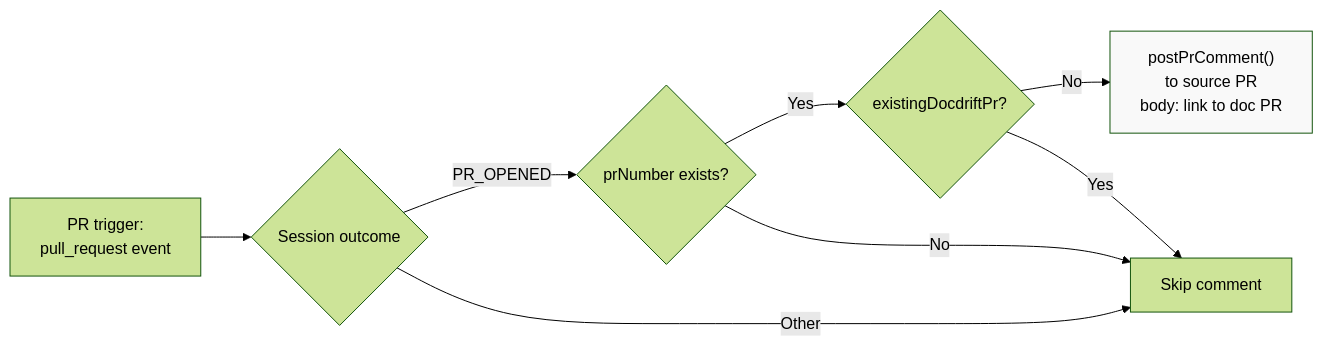
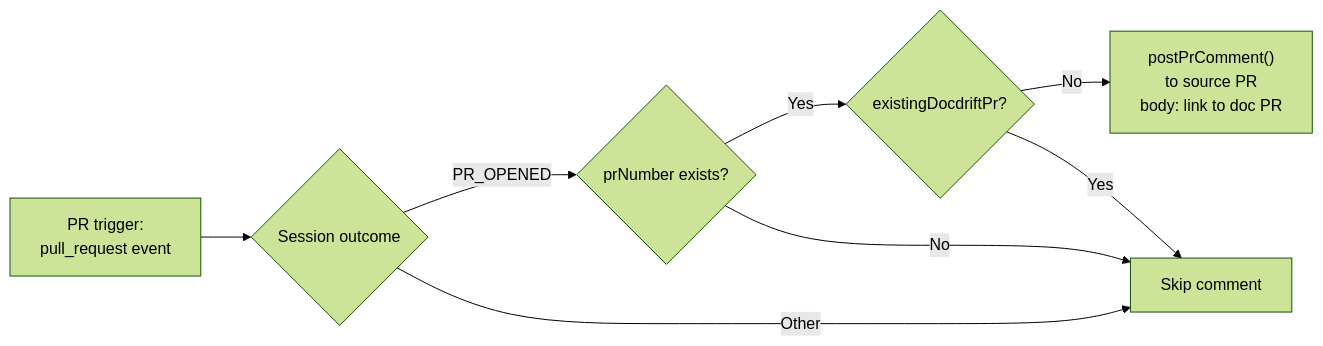
The third of 4 diagrams in docs/deepwiki/pages/detection-rules.mdx (cameronking4/docdrift), drawn with Mermaid (forest theme) before and after one commit. The commit also changed other lines of this file and 19 other files, not shown here.

````diff
--- a/docs/deepwiki/pages/detection-rules.mdx
+++ b/docs/deepwiki/pages/detection-rules.mdx
@@ -285,19 +285,17 @@
 ```mermaid
 graph LR
     Trigger["PR trigger:<br/>pull_request event"]
     Outcome{Session outcome}
     CheckPR{prNumber exists?}
     CheckExisting{existingDocdriftPr?}
     PostComment["postPrComment()<br/>to source PR<br/>body: link to doc PR"]
     Skip["Skip comment"]
     
     Trigger --> Outcome
     Outcome -->|PR_OPENED| CheckPR
     Outcome -->|Other| Skip
     CheckPR -->|Yes| CheckExisting
     CheckPR -->|No| Skip
     CheckExisting -->|No| PostComment
     CheckExisting -->|Yes| Skip
-    
-    style PostComment fill:#f9f9f9
 ```
````
